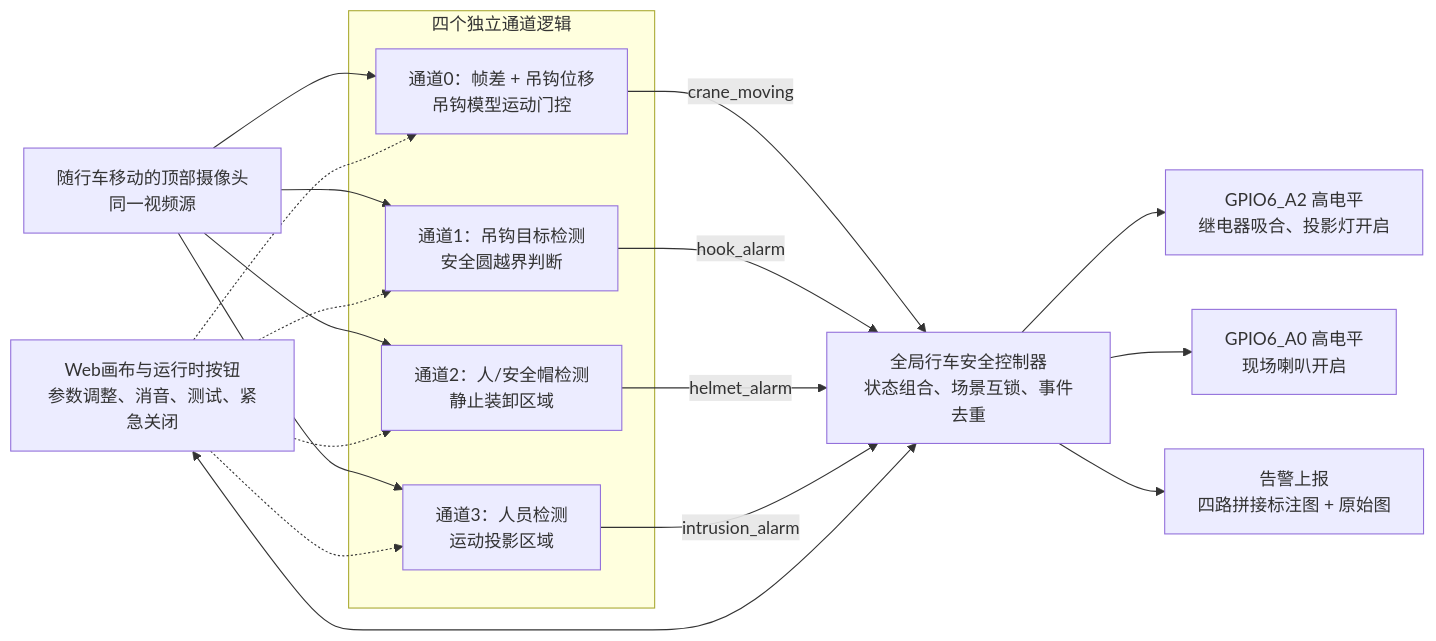
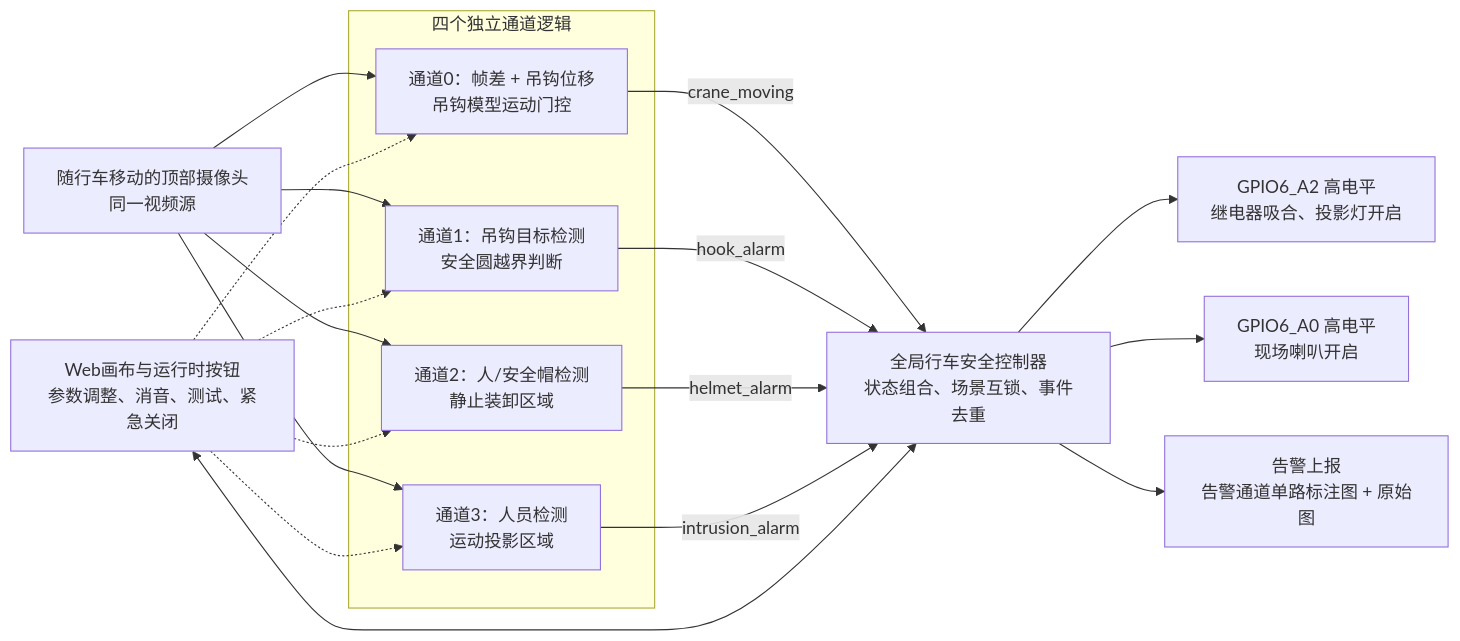
One commit to LaoWei2001/rk3588_visual_analysis_framework changed the first of 10 diagrams in projects/global_modules/global_crane_safety_controller/CRANE_SAFETY_SYSTEM_DESIGN.md. Above: the diagram before and after it, drawn with Mermaid. The commit also changed other lines of this file and 92 other files, not shown here.

````diff
--- a/projects/global_modules/global_crane_safety_controller/CRANE_SAFETY_SYSTEM_DESIGN.md
+++ b/projects/global_modules/global_crane_safety_controller/CRANE_SAFETY_SYSTEM_DESIGN.md
@@ -34,34 +34,34 @@
 ```mermaid
 flowchart LR
     CAM["随行车移动的顶部摄像头<br/>同一视频源"]
 
     subgraph CHANNELS["四个独立通道逻辑"]
         C0["通道0：帧差 + 吊钩位移<br/>吊钩模型运动门控"]
         C1["通道1：吊钩目标检测<br/>安全圆越界判断"]
         C2["通道2：人/安全帽检测<br/>静止装卸区域"]
         C3["通道3：人员检测<br/>运动投影区域"]
     end
 
     GLOBAL["全局行车安全控制器<br/>状态组合、场景互锁、事件去重"]
     LAMP["GPIO6_A2 高电平<br/>继电器吸合、投影灯开启"]
     HORN["GPIO6_A0 高电平<br/>现场喇叭开启"]
-    REPORT["告警上报<br/>四路拼接标注图 + 原始图"]
+    REPORT["告警上报<br/>告警通道单路标注图 + 原始图"]
     WEB["Web画布与运行时按钮<br/>参数调整、消音、测试、紧急关闭"]
 
     CAM --> C0
     CAM --> C1
     CAM --> C2
     CAM --> C3
     C0 -->|"crane_moving"| GLOBAL
     C1 -->|"hook_alarm"| GLOBAL
     C2 -->|"helmet_alarm"| GLOBAL
     C3 -->|"intrusion_alarm"| GLOBAL
     GLOBAL --> LAMP
     GLOBAL --> HORN
     GLOBAL --> REPORT
     WEB -.-> C0
     WEB -.-> C1
     WEB -.-> C2
     WEB -.-> C3
     WEB <--> GLOBAL
 ```
````
